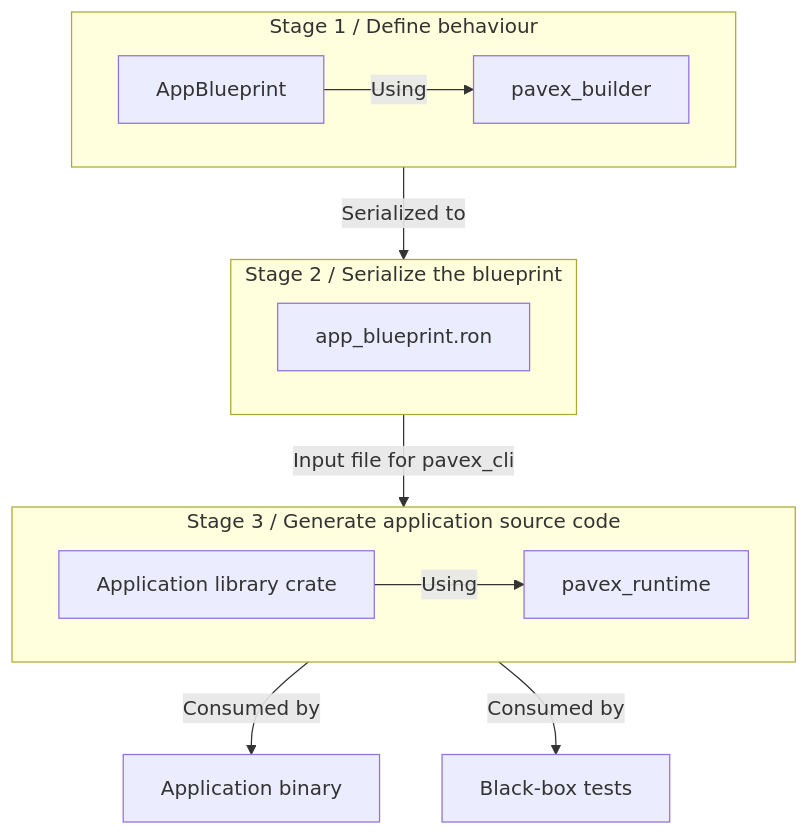
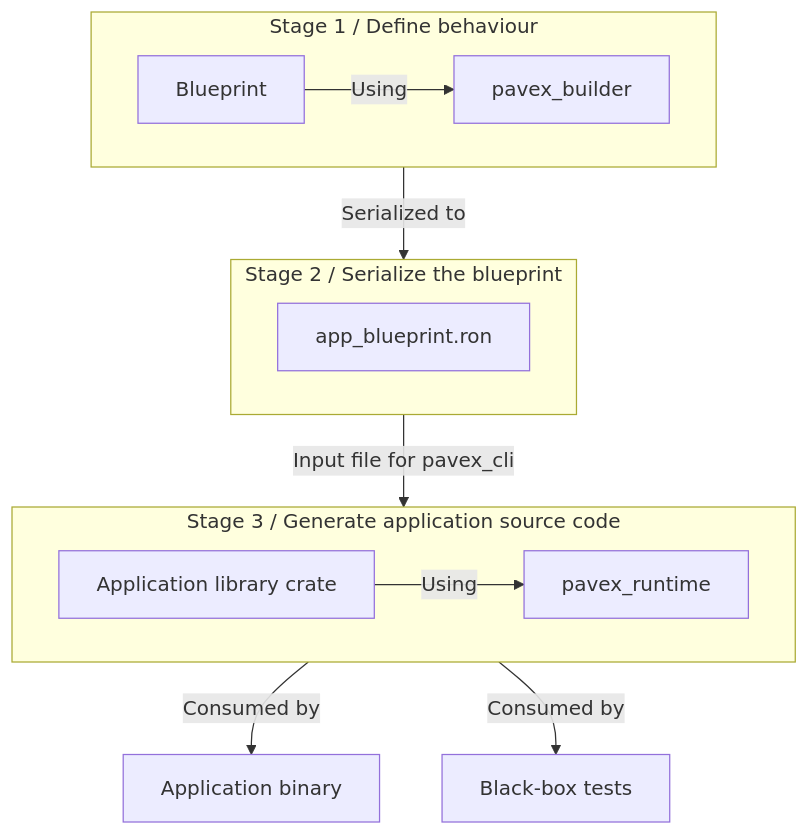
The first of 3 diagrams in ARCHITECTURE.md (LukeMathWalker/pavex), drawn with Mermaid before and after one commit. The commit also changed other lines of this file and 51 other files, not shown here.

Commit message:
Rename `AppBlueprint` to `Blueprint`. Introduce `MethodGuard`.

````diff
--- a/ARCHITECTURE.md
+++ b/ARCHITECTURE.md
@@ -16,27 +16,27 @@
 ```mermaid
 flowchart TB
     subgraph A["Stage 1 / Define behaviour"]
         direction LR
-        app_b[AppBlueprint] -->|Using| pavex_builder[pavex_builder]
+        app_b[Blueprint] -->|Using| pavex_builder[pavex_builder]
     end
 
     subgraph B["Stage 2 / Serialize the blueprint"]
         direction LR
         app_b_json["app_blueprint.ron"]
     end
 
     A -->|Serialized to| B
 
     B -->|Input file for pavex_cli| C
     app_crate[Application library crate] -->|Using| pavex_runtime[pavex_runtime]
 
 
     subgraph C["Stage 3 / Generate application source code"]
         direction LR
         app_crate
         pavex_runtime
     end
 
     C -->|Consumed by| app_binary[Application binary]
     C -->|Consumed by| tests[Black-box tests]
 ```
````
